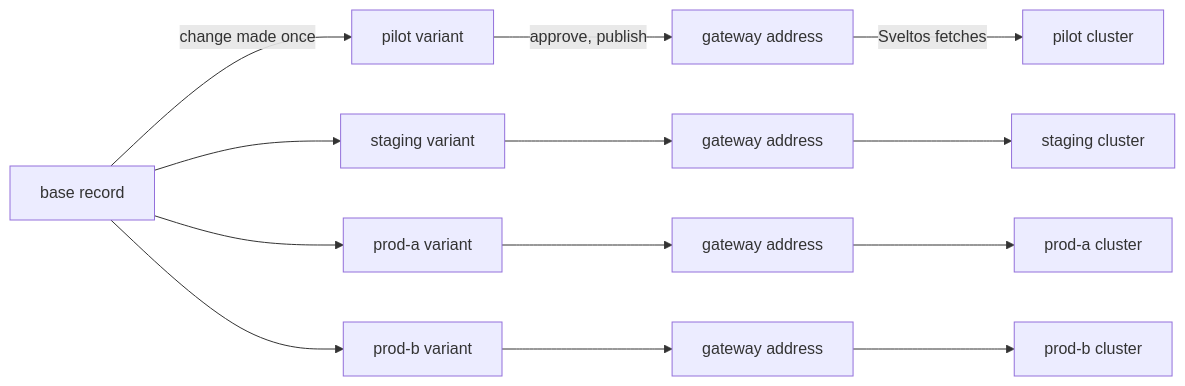
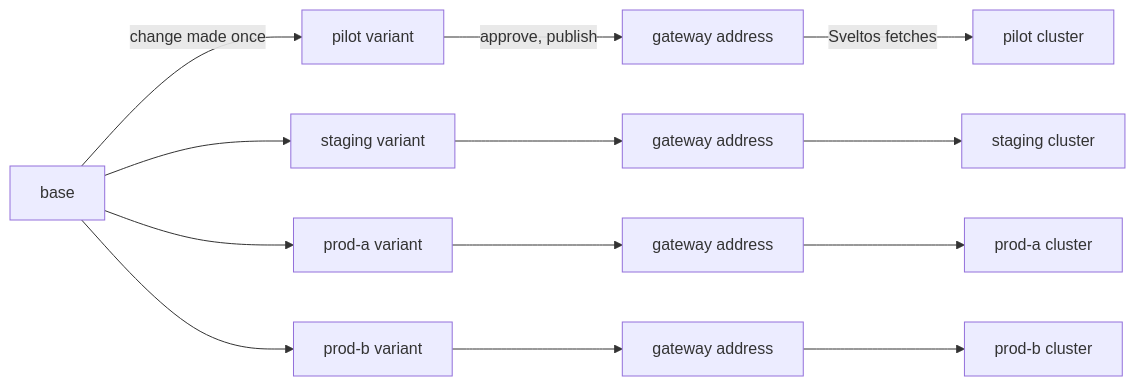
The diagram in README.md (confighub/sveltos-confighub), drawn with Mermaid before and after one commit. The commit also changed other lines of this file and 6 other files, not shown here.

````diff
--- a/README.md
+++ b/README.md
@@ -73,11 +61,11 @@
 ```mermaid
 flowchart LR
-  b["base record"] -->|"change made once"| p["pilot variant"]
+  b["base"] -->|"change made once"| p["pilot variant"]
   b --> s["staging variant"]
   b --> pa["prod-a variant"]
   b --> pb["prod-b variant"]
   p -->|"approve, publish"| gp["gateway address"] -->|"Sveltos fetches"| cp["pilot cluster"]
   s --> gs["gateway address"] --> cs["staging cluster"]
   pa --> ga["gateway address"] --> ca["prod-a cluster"]
   pb --> gb["gateway address"] --> cb["prod-b cluster"]
 ```
````
